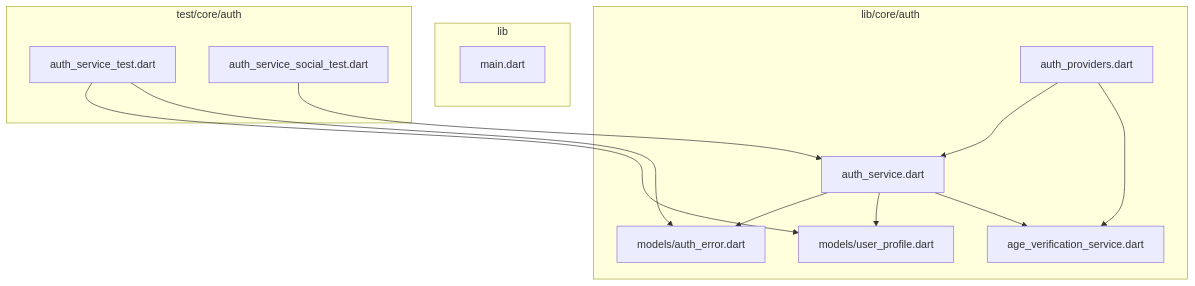
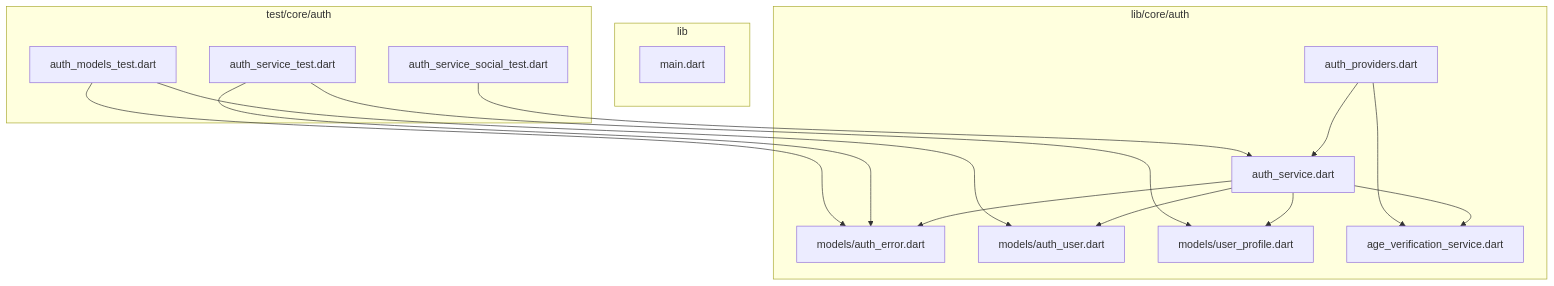
Before and after one commit to JAaron93/StyleSync: the first of 9 diagrams in .qoder/repowiki/en/content/Core Services/Authentication Service.md, drawn with Mermaid. The commit also changed other lines of this file and 36 other files, not shown here.

````diff
--- a/.qoder/repowiki/en/content/Core Services/Authentication Service.md
+++ b/.qoder/repowiki/en/content/Core Services/Authentication Service.md
@@ -32,25 +45,30 @@
 ```mermaid
 graph TB
 subgraph "lib/core/auth"
 AS[auth_service.dart]
 AP[auth_providers.dart]
 AE[models/auth_error.dart]
+AU[models/auth_user.dart]
 UP[models/user_profile.dart]
 AVS[age_verification_service.dart]
 end
 subgraph "lib"
 MAIN[main.dart]
 end
 subgraph "test/core/auth"
 AT[auth_service_test.dart]
 AST[auth_service_social_test.dart]
+AMT[auth_models_test.dart]
 end
 AS --> AE
+AS --> AU
 AS --> UP
 AS --> AVS
 AP --> AS
 AP --> AVS
 AT --> UP
 AT --> AE
 AST --> AS
+AMT --> AU
+AMT --> AE
 ```
````
